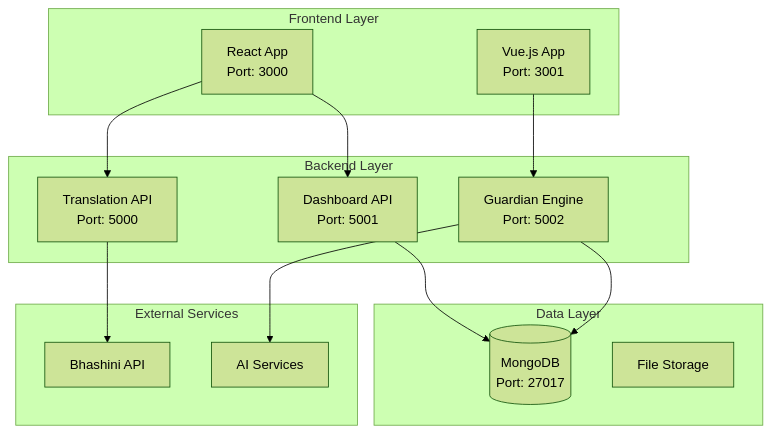
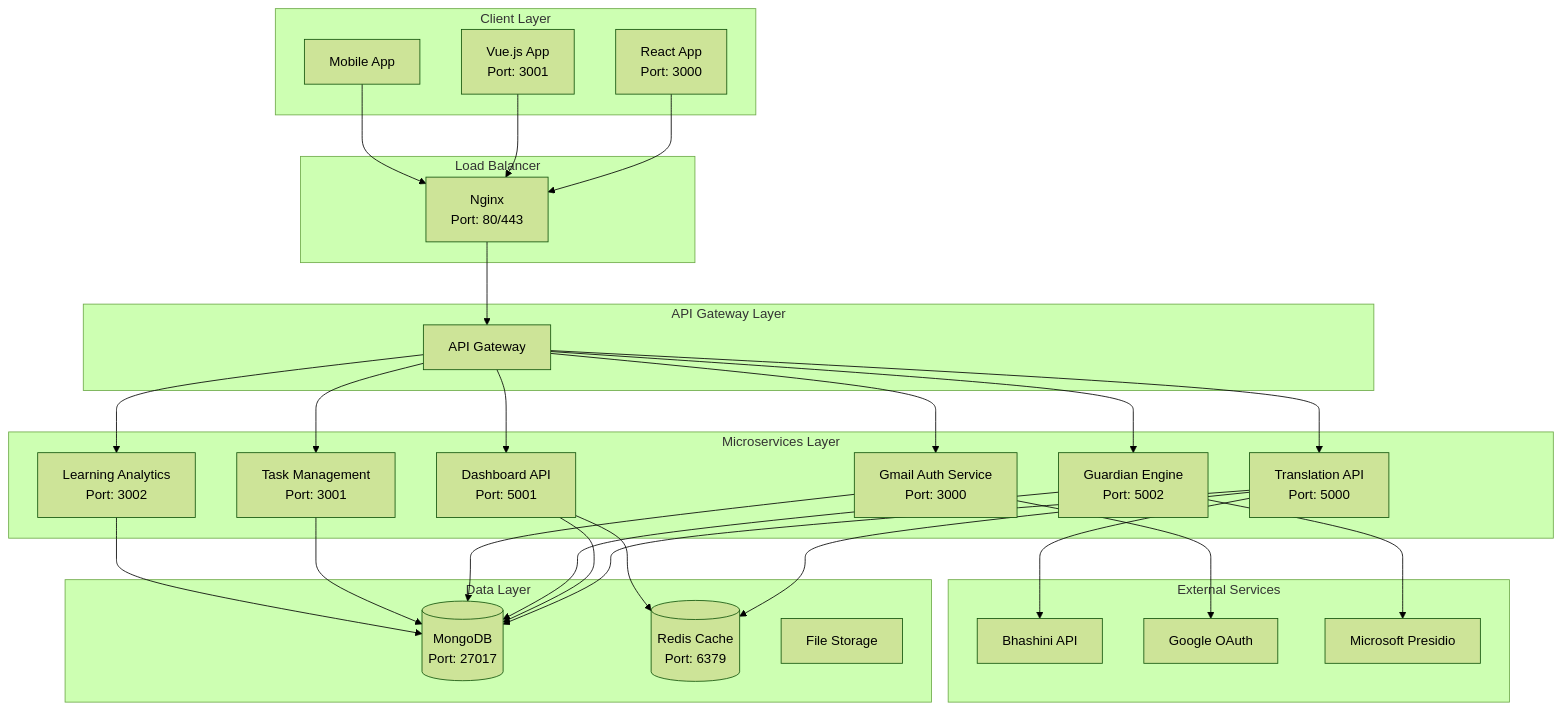
One commit to vvinayakkk/pccoe_hackathon changed the first of 7 diagrams in README.md. Above: the diagram before and after it, drawn with Mermaid (forest theme). The commit also changed other lines of this file, not shown here.

````diff
--- a/README.md
+++ b/README.md
@@ -358,31 +267,62 @@
 ```mermaid
 graph TB
-    subgraph "Frontend Layer"
+    subgraph "Client Layer"
         A[React App<br/>Port: 3000]
         B[Vue.js App<br/>Port: 3001]
+        C[Mobile App]
     end
     
-    subgraph "Backend Layer"
-        C[Translation API<br/>Port: 5000]
-        D[Dashboard API<br/>Port: 5001]
-        E[Guardian Engine<br/>Port: 5002]
+    subgraph "Load Balancer"
+        D[Nginx<br/>Port: 80/443]
+    end
+    
+    subgraph "API Gateway Layer"
+        E[API Gateway]
+    end
+    
+    subgraph "Microservices Layer"
+        F[Translation API<br/>Port: 5000]
+        G[Dashboard API<br/>Port: 5001]
+        H[Guardian Engine<br/>Port: 5002]
+        I[Gmail Auth Service<br/>Port: 3000]
+        J[Task Management<br/>Port: 3001]
+        K[Learning Analytics<br/>Port: 3002]
     end
     
     subgraph "Data Layer"
-        F[(MongoDB<br/>Port: 27017)]
-        G[File Storage]
+        L[(MongoDB<br/>Port: 27017)]
+        M[(Redis Cache<br/>Port: 6379)]
+        N[File Storage]
     end
     
     subgraph "External Services"
-        H[Bhashini API]
-        I[AI Services]
+        O[Bhashini API]
+        P[Google OAuth]
+        Q[Microsoft Presidio]
     end
     
-    A --> C
     A --> D
-    B --> E
-    C --> H
-    D --> F
+    B --> D
+    C --> D
+    D --> E
     E --> F
+    E --> G
+    E --> H
     E --> I
+    E --> J
+    E --> K
+    
+    F --> L
+    G --> L
+    H --> L
+    I --> L
+    J --> L
+    K --> L
+    
+    F --> M
+    G --> M
+    
+    F --> O
+    I --> P
+    H --> Q
 ```
````
